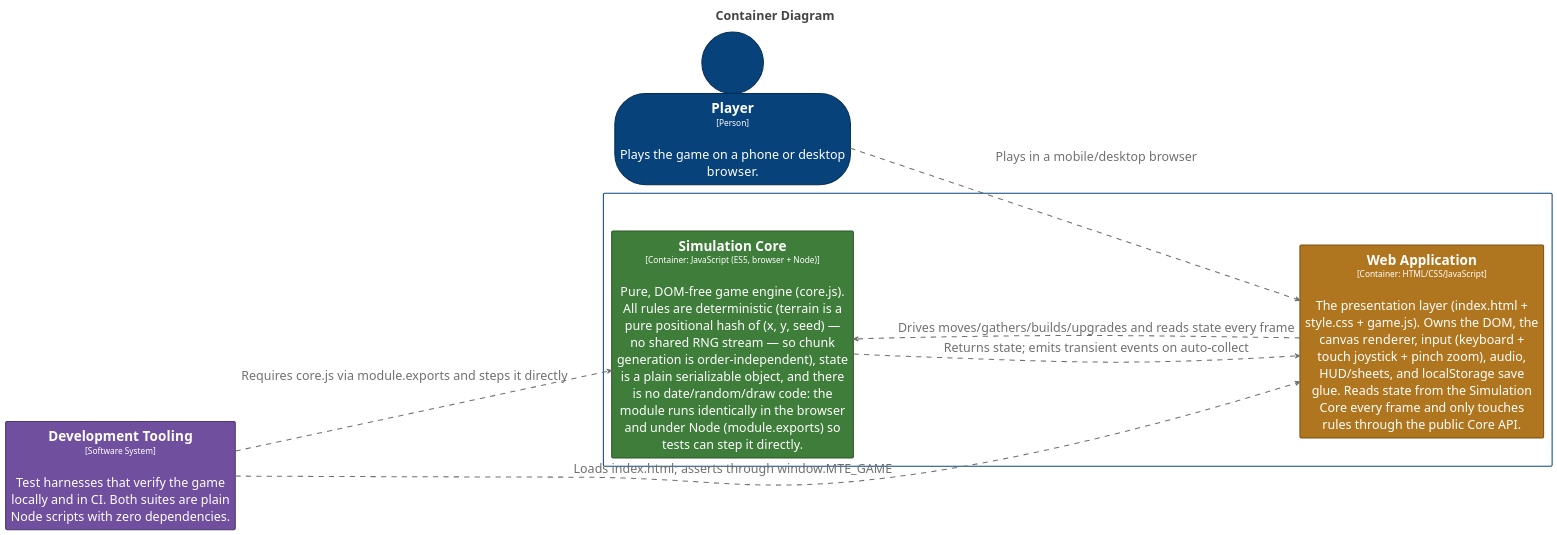
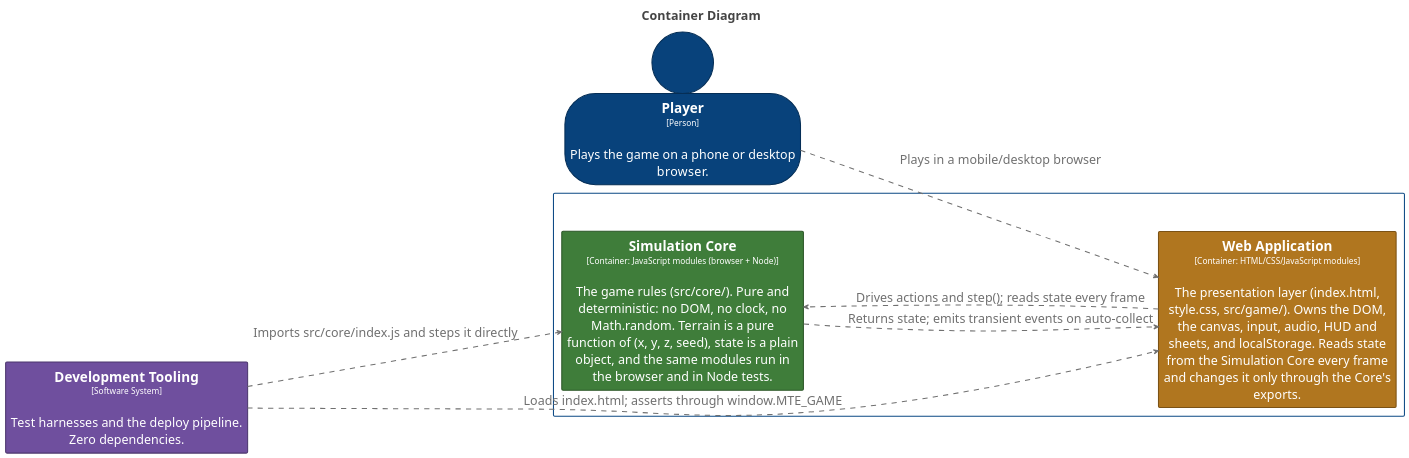
One commit to bitkojine/more-than-enough changed the diagram in structurizr/diagrams/Containers.puml. Above: the diagram before and after it, drawn with PlantUML. The commit also changed 67 other files, not shown here.

```diff
--- a/structurizr/diagrams/Containers.puml
+++ b/structurizr/diagrams/Containers.puml
@@ -2,99 +2,99 @@
 @startuml
 title <size:24>Container Diagram</size>
 
 set separator none
 left to right direction
 skinparam ranksep 20
 skinparam nodesep 5
 hide stereotype
 
 <style>
   root {
     BackgroundColor: #ffffff;
     FontColor: #444444;
   }
   // Element,Container,Core Engine
   .Element-RWxlbWVudCxDb250YWluZXIsQ29yZSBFbmdpbmU= {
     BackgroundColor: #3f7d3a;
     LineColor: #2c5728;
     LineStyle: 0;
     LineThickness: 2;
     FontColor: #ffffff;
     FontSize: 24;
     HorizontalAlignment: center;
     Shadowing: 0;
     MaximumWidth: 450;
   }
   // Element,Container,Presentation
   .Element-RWxlbWVudCxDb250YWluZXIsUHJlc2VudGF0aW9u {
     BackgroundColor: #b0761f;
     LineColor: #7b5215;
     LineStyle: 0;
     LineThickness: 2;
     FontColor: #ffffff;
     FontSize: 24;
     HorizontalAlignment: center;
     Shadowing: 0;
     MaximumWidth: 450;
   }
   // Element,Person
   .Element-RWxlbWVudCxQZXJzb24= {
     BackgroundColor: #08427b;
     LineColor: #052e56;
     LineStyle: 0;
     LineThickness: 2;
     FontColor: #ffffff;
     FontSize: 24;
     HorizontalAlignment: center;
     Shadowing: 0;
     MaximumWidth: 450;
   }
   // Element,Software System,Tooling
   .Element-RWxlbWVudCxTb2Z0d2FyZSBTeXN0ZW0sVG9vbGluZw== {
     BackgroundColor: #6f4f9e;
     LineColor: #4d376e;
     LineStyle: 0;
     LineThickness: 2;
     FontColor: #ffffff;
     FontSize: 24;
     HorizontalAlignment: center;
     Shadowing: 0;
     MaximumWidth: 450;
   }
   // Relationship
   .Relationship-UmVsYXRpb25zaGlw {
     LineThickness: 2;
     LineStyle: 10-10;
     LineColor: #707070;
     FontColor: #707070;
     FontSize: 24;
     MaximumWidth: 200;
   }
   // MORE THAN ENOUGH
   .Boundary-TU9SRSBUSEFOIEVOT1VHSA== {
     BackgroundColor: #ffffff;
     LineColor: #0b4884;
     LineStyle: 0;
     LineThickness: 2;
     FontColor: #ffffff;
     FontSize: 24;
     HorizontalAlignment: center;
     Shadowing: 0;
   }
 </style>
 
 person "==Player\n<size:16>[Person]</size>\n\nPlays the game on a phone or desktop browser." <<Element-RWxlbWVudCxQZXJzb24=>> as Player
-rectangle "==Development Tooling\n<size:16>[Software System]</size>\n\nTest harnesses that verify the game locally and in CI. Both suites are plain Node scripts with zero dependencies." <<Element-RWxlbWVudCxTb2Z0d2FyZSBTeXN0ZW0sVG9vbGluZw==>> as DevelopmentTooling
+rectangle "==Development Tooling\n<size:16>[Software System]</size>\n\nTest harnesses and the deploy pipeline. Zero dependencies." <<Element-RWxlbWVudCxTb2Z0d2FyZSBTeXN0ZW0sVG9vbGluZw==>> as DevelopmentTooling
 
 rectangle "MORE THAN ENOUGH\n<size:16>[Software System]</size>" <<Boundary-TU9SRSBUSEFOIEVOT1VHSA==>> {
-  rectangle "==Simulation Core\n<size:16>[Container: JavaScript (ES5, browser + Node)]</size>\n\nPure, DOM-free game engine (core.js). All rules are deterministic (terrain is a pure positional hash of (x, y, seed) — no shared RNG stream — so chunk generation is order-independent), state is a plain serializable object, and there is no date/random/draw code: the module runs identically in the browser and under Node (module.exports) so tests can step it directly." <<Element-RWxlbWVudCxDb250YWluZXIsQ29yZSBFbmdpbmU=>> as MORETHANENOUGH.SimulationCore
-  rectangle "==Web Application\n<size:16>[Container: HTML/CSS/JavaScript]</size>\n\nThe presentation layer (index.html + style.css + game.js). Owns the DOM, the canvas renderer, input (keyboard + touch joystick + pinch zoom), audio, HUD/sheets, and localStorage save glue. Reads state from the Simulation Core every frame and only touches rules through the public Core API." <<Element-RWxlbWVudCxDb250YWluZXIsUHJlc2VudGF0aW9u>> as MORETHANENOUGH.WebApplication
+  rectangle "==Simulation Core\n<size:16>[Container: JavaScript modules (browser + Node)]</size>\n\nThe game rules (src/core/). Pure and deterministic: no DOM, no clock, no Math.random. Terrain is a pure function of (x, y, z, seed), state is a plain object, and the same modules run in the browser and in Node tests." <<Element-RWxlbWVudCxDb250YWluZXIsQ29yZSBFbmdpbmU=>> as MORETHANENOUGH.SimulationCore
+  rectangle "==Web Application\n<size:16>[Container: HTML/CSS/JavaScript modules]</size>\n\nThe presentation layer (index.html, style.css, src/game/). Owns the DOM, the canvas, input, audio, HUD and sheets, and localStorage. Reads state from the Simulation Core every frame and changes it only through the Core's exports." <<Element-RWxlbWVudCxDb250YWluZXIsUHJlc2VudGF0aW9u>> as MORETHANENOUGH.WebApplication
 }
 
 Player --> MORETHANENOUGH.WebApplication <<Relationship-UmVsYXRpb25zaGlw>> : "Plays in a mobile/desktop browser"
-MORETHANENOUGH.WebApplication --> MORETHANENOUGH.SimulationCore <<Relationship-UmVsYXRpb25zaGlw>> : "Drives moves/gathers/builds/upgrades and reads state every frame"
+MORETHANENOUGH.WebApplication --> MORETHANENOUGH.SimulationCore <<Relationship-UmVsYXRpb25zaGlw>> : "Drives actions and step(); reads state every frame"
 MORETHANENOUGH.SimulationCore --> MORETHANENOUGH.WebApplication <<Relationship-UmVsYXRpb25zaGlw>> : "Returns state; emits transient events on auto-collect"
-DevelopmentTooling --> MORETHANENOUGH.SimulationCore <<Relationship-UmVsYXRpb25zaGlw>> : "Requires core.js via module.exports and steps it directly"
+DevelopmentTooling --> MORETHANENOUGH.SimulationCore <<Relationship-UmVsYXRpb25zaGlw>> : "Imports src/core/index.js and steps it directly"
 DevelopmentTooling --> MORETHANENOUGH.WebApplication <<Relationship-UmVsYXRpb25zaGlw>> : "Loads index.html; asserts through window.MTE_GAME"
 
 @enduml
```
